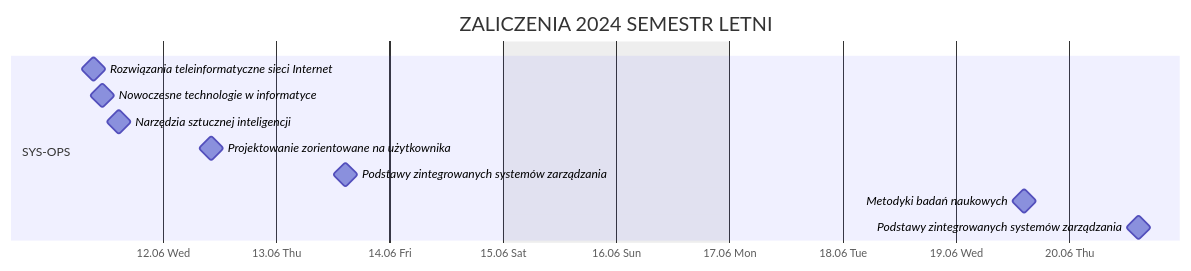
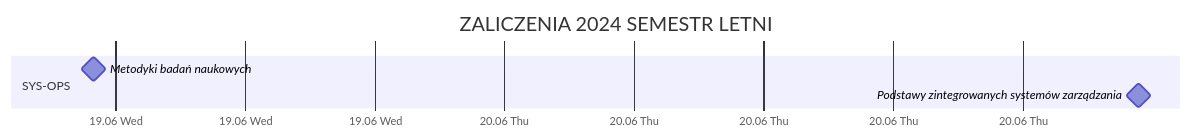
The diagram in INFO.md (Week-end-Development/WED), drawn with Mermaid before and after one commit.

````diff
--- a/INFO.md
+++ b/INFO.md
@@ -17,17 +17,17 @@
 ```mermaid
 gantt
   title ZALICZENIA 2024 SEMESTR LETNI
   dateFormat MM-DD HH:mm
   axisFormat %d.%m %a
   excludes weekends
   section SYS-OPS
     %Narzędzia sztucznej inteligencji : milestone, 2024-06-04 14:40, 0d
     %Administracja infrastrukturą sieciową przedsiębiorstwa : milestone, 2024-06-05 15:30, 0d
-    Rozwiązania teleinformatyczne sieci Internet : milestone, 2024-06-11 09:15, 0d
-    Nowoczesne technologie w informatyce : milestone, 2024-06-11 11:00, 0d
-    Narzędzia sztucznej inteligencji : milestone, 2024-06-11 14:40, 0d
-    Projektowanie zorientowane na użytkownika : milestone, 2024-06-12 10:05, 0d
-    Podstawy zintegrowanych systemów zarządzania  : milestone, 2024-06-13 14:40, 0d
+    %Rozwiązania teleinformatyczne sieci Internet : milestone, 2024-06-11 09:15, 0d
+    %Nowoczesne technologie w informatyce : milestone, 2024-06-11 11:00, 0d
+    %Narzędzia sztucznej inteligencji : milestone, 2024-06-11 14:40, 0d
+    %Projektowanie zorientowane na użytkownika : milestone, 2024-06-12 10:05, 0d
+    %Podstawy zintegrowanych systemów zarządzania  : milestone, 2024-06-13 14:40, 0d
     Metodyki badań naukowych : milestone, 2024-06-19 14:30, 0d
     Podstawy zintegrowanych systemów zarządzania  : milestone, 2024-06-20 14:40, 0d
 ```
````
